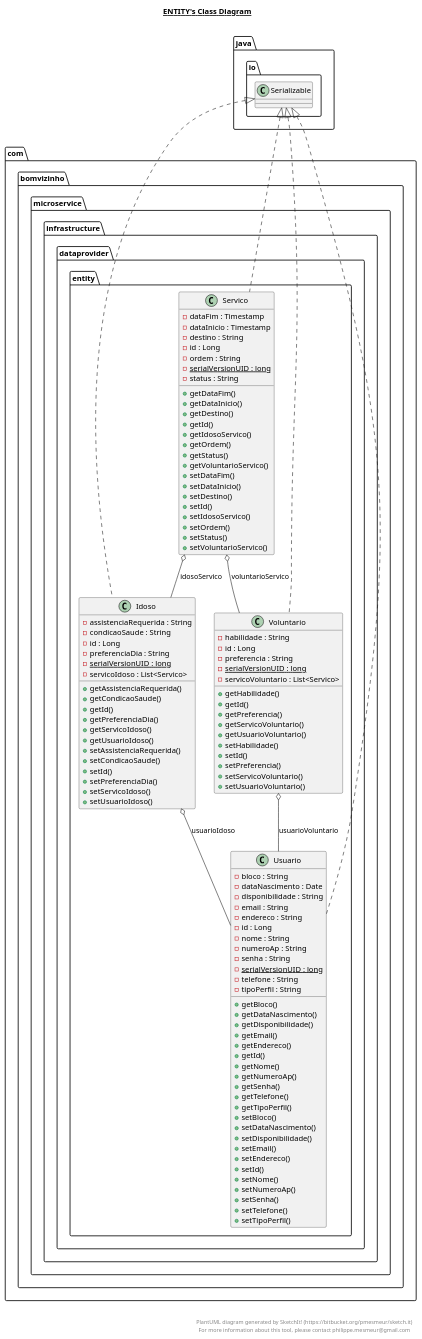
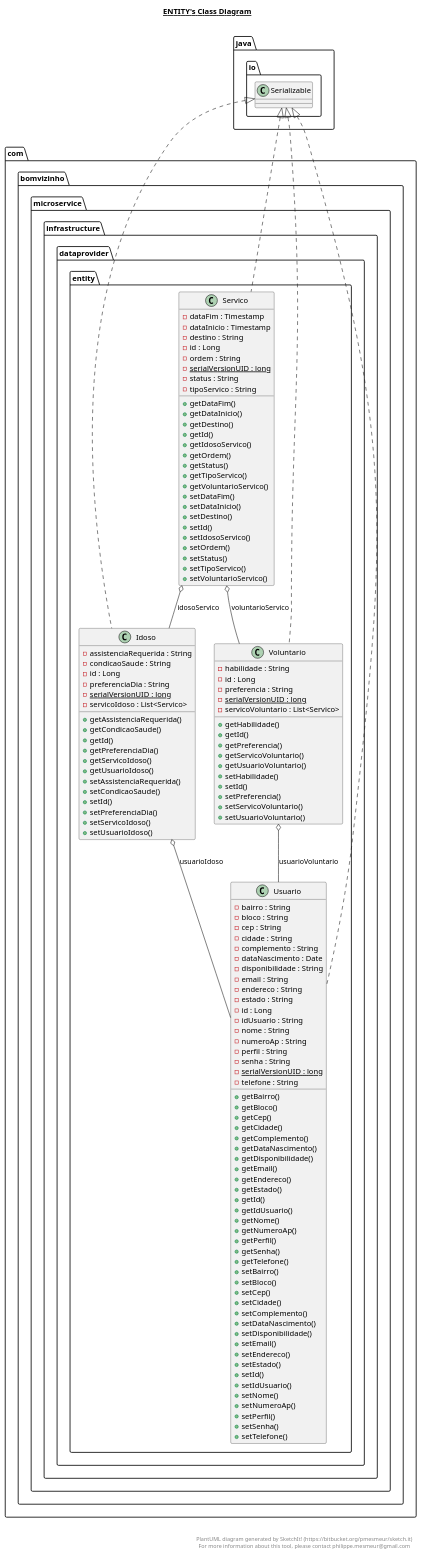
Before and after one commit to viniciustavanoferreira/voluntariado-backend: the diagram in src/main/java/com/bomvizinho/microservice/infrastructure/dataprovider/entity/entity.plantuml, drawn with PlantUML. The commit also changed 21 other files, not shown here.

Commit message:
feat: add plantuml and return service when create or uptade

```diff
--- a/src/main/java/com/bomvizinho/microservice/infrastructure/dataprovider/entity/entity.plantuml
+++ b/src/main/java/com/bomvizinho/microservice/infrastructure/dataprovider/entity/entity.plantuml
@@ -1,144 +1,182 @@
 @startuml
 
 title __ENTITY's Class Diagram__\n
 
   namespace com.bomvizinho.microservice {
     namespace infrastructure.dataprovider.entity {
       class com.bomvizinho.microservice.infrastructure.dataprovider.entity.Idoso {
           - assistenciaRequerida : String
           - condicaoSaude : String
           - id : Long
           - preferenciaDia : String
           {static} - serialVersionUID : long
           - servicoIdoso : List<Servico>
           + getAssistenciaRequerida()
           + getCondicaoSaude()
           + getId()
           + getPreferenciaDia()
           + getServicoIdoso()
           + getUsuarioIdoso()
           + setAssistenciaRequerida()
           + setCondicaoSaude()
           + setId()
           + setPreferenciaDia()
           + setServicoIdoso()
           + setUsuarioIdoso()
       }
     }
   }
   
 
+
+  
+
   namespace com.bomvizinho.microservice {
     namespace infrastructure.dataprovider.entity {
       class com.bomvizinho.microservice.infrastructure.dataprovider.entity.Servico {
           - dataFim : Timestamp
           - dataInicio : Timestamp
           - destino : String
           - id : Long
           - ordem : String
           {static} - serialVersionUID : long
           - status : String
+          - tipoServico : String
           + getDataFim()
           + getDataInicio()
           + getDestino()
           + getId()
           + getIdosoServico()
           + getOrdem()
           + getStatus()
+          + getTipoServico()
           + getVoluntarioServico()
           + setDataFim()
           + setDataInicio()
           + setDestino()
           + setId()
           + setIdosoServico()
           + setOrdem()
           + setStatus()
+          + setTipoServico()
           + setVoluntarioServico()
       }
     }
   }
   
 
+  
+
   namespace com.bomvizinho.microservice {
     namespace infrastructure.dataprovider.entity {
       class com.bomvizinho.microservice.infrastructure.dataprovider.entity.Usuario {
+          - bairro : String
           - bloco : String
+          - cep : String
+          - cidade : String
+          - complemento : String
           - dataNascimento : Date
           - disponibilidade : String
           - email : String
           - endereco : String
+          - estado : String
           - id : Long
+          - idUsuario : String
           - nome : String
           - numeroAp : String
+          - perfil : String
           - senha : String
           {static} - serialVersionUID : long
           - telefone : String
-          - tipoPerfil : String
+          + getBairro()
           + getBloco()
+          + getCep()
+          + getCidade()
+          + getComplemento()
           + getDataNascimento()
           + getDisponibilidade()
           + getEmail()
           + getEndereco()
+          + getEstado()
           + getId()
+          + getIdUsuario()
           + getNome()
           + getNumeroAp()
+          + getPerfil()
           + getSenha()
           + getTelefone()
-          + getTipoPerfil()
+          + setBairro()
           + setBloco()
+          + setCep()
+          + setCidade()
+          + setComplemento()
           + setDataNascimento()
           + setDisponibilidade()
           + setEmail()
           + setEndereco()
+          + setEstado()
           + setId()
+          + setIdUsuario()
           + setNome()
           + setNumeroAp()
+          + setPerfil()
           + setSenha()
           + setTelefone()
-          + setTipoPerfil()
       }
     }
   }
+  
+
   
 
   namespace com.bomvizinho.microservice {
     namespace infrastructure.dataprovider.entity {
       class com.bomvizinho.microservice.infrastructure.dataprovider.entity.Voluntario {
           - habilidade : String
           - id : Long
           - preferencia : String
           {static} - serialVersionUID : long
           - servicoVoluntario : List<Servico>
           + getHabilidade()
           + getId()
           + getPreferencia()
           + getServicoVoluntario()
           + getUsuarioVoluntario()
           + setHabilidade()
           + setId()
           + setPreferencia()
           + setServicoVoluntario()
           + setUsuarioVoluntario()
       }
     }
   }
   
 
+  
+
   com.bomvizinho.microservice.infrastructure.dataprovider.entity.Idoso .up.|> java.io.Serializable
   com.bomvizinho.microservice.infrastructure.dataprovider.entity.Idoso o-- com.bomvizinho.microservice.infrastructure.dataprovider.entity.Usuario : usuarioIdoso
+  com.bomvizinho.microservice.infrastructure.dataprovider.entity.Idoso +-down- com.bomvizinho.microservice.infrastructure.dataprovider.entity.Idoso.Builder
+  com.bomvizinho.microservice.infrastructure.dataprovider.entity.Idoso.Builder o-- com.bomvizinho.microservice.infrastructure.dataprovider.entity.Usuario : usuarioIdoso
   com.bomvizinho.microservice.infrastructure.dataprovider.entity.Servico .up.|> java.io.Serializable
   com.bomvizinho.microservice.infrastructure.dataprovider.entity.Servico o-- com.bomvizinho.microservice.infrastructure.dataprovider.entity.Idoso : idosoServico
   com.bomvizinho.microservice.infrastructure.dataprovider.entity.Servico o-- com.bomvizinho.microservice.infrastructure.dataprovider.entity.Voluntario : voluntarioServico
+  com.bomvizinho.microservice.infrastructure.dataprovider.entity.Servico +-down- com.bomvizinho.microservice.infrastructure.dataprovider.entity.Servico.Builder
+  com.bomvizinho.microservice.infrastructure.dataprovider.entity.Servico.Builder o-- com.bomvizinho.microservice.infrastructure.dataprovider.entity.Idoso : idosoServico
+  com.bomvizinho.microservice.infrastructure.dataprovider.entity.Servico.Builder o-- com.bomvizinho.microservice.infrastructure.dataprovider.entity.Voluntario : voluntarioServico
   com.bomvizinho.microservice.infrastructure.dataprovider.entity.Usuario .up.|> java.io.Serializable
+  com.bomvizinho.microservice.infrastructure.dataprovider.entity.Usuario +-down- com.bomvizinho.microservice.infrastructure.dataprovider.entity.Usuario.Builder
   com.bomvizinho.microservice.infrastructure.dataprovider.entity.Voluntario .up.|> java.io.Serializable
   com.bomvizinho.microservice.infrastructure.dataprovider.entity.Voluntario o-- com.bomvizinho.microservice.infrastructure.dataprovider.entity.Usuario : usuarioVoluntario
+  com.bomvizinho.microservice.infrastructure.dataprovider.entity.Voluntario +-down- com.bomvizinho.microservice.infrastructure.dataprovider.entity.Voluntario.Builder
+  com.bomvizinho.microservice.infrastructure.dataprovider.entity.Voluntario.Builder o-- com.bomvizinho.microservice.infrastructure.dataprovider.entity.Usuario : usuarioVoluntario
 
 
 right footer
 
 
 PlantUML diagram generated by SketchIt! (https://bitbucket.org/pmesmeur/sketch.it)
 For more information about this tool, please contact philippe.mesmeur@gmail.com
 endfooter
 
 @enduml
```
